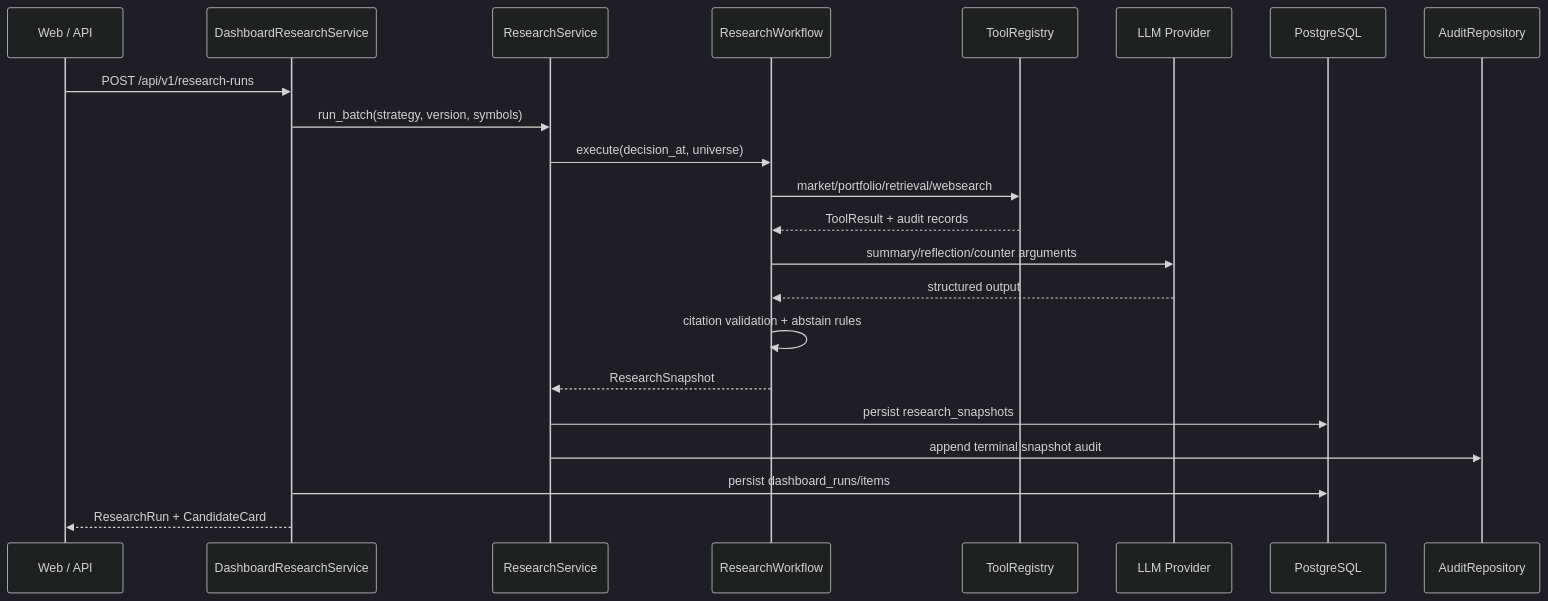
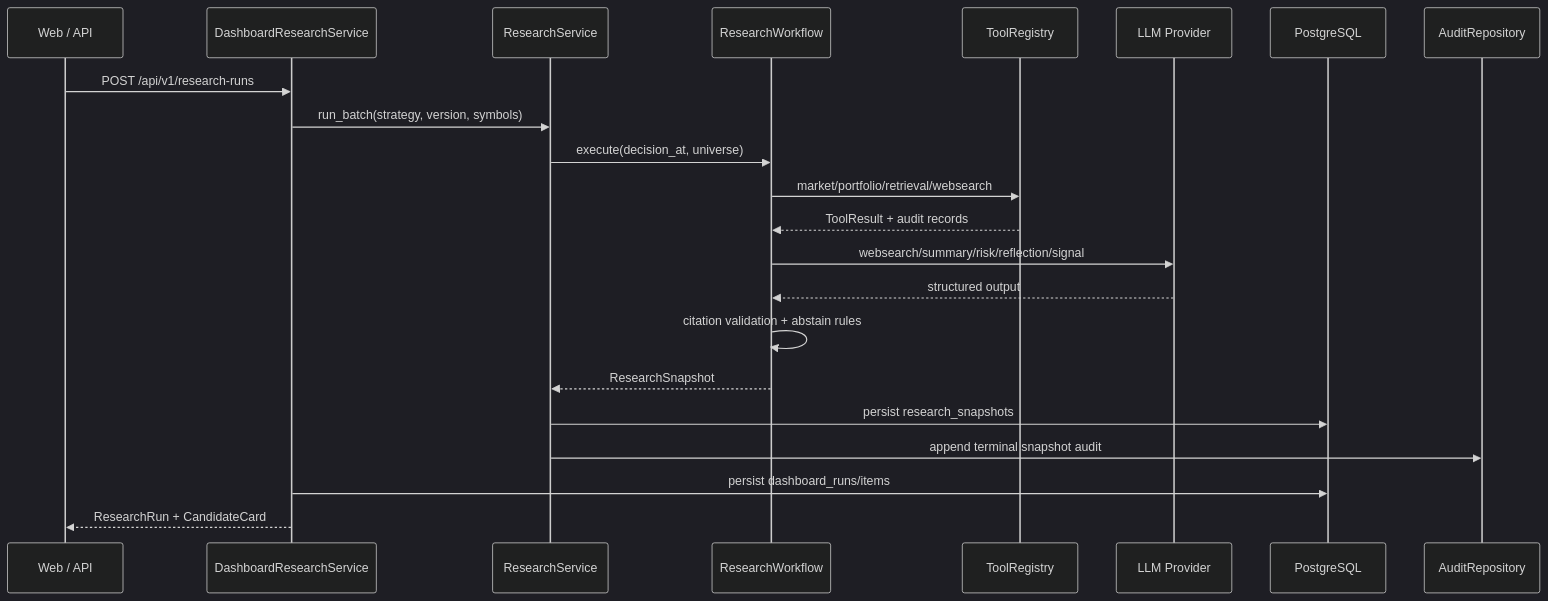
Before and after one commit to RickyW0529/Margin: the fifth of 10 diagrams in docs/design/v0.1/architecture/Margin_架构设计_v0.1_中文.md, drawn with Mermaid (dark theme). The commit also changed other lines of this file and 36 other files, not shown here.

````diff
--- a/docs/design/v0.1/architecture/Margin_架构设计_v0.1_中文.md
+++ b/docs/design/v0.1/architecture/Margin_架构设计_v0.1_中文.md
@@ -284,25 +291,25 @@
 ```mermaid
 sequenceDiagram
     participant UI as Web / API
     participant Dash as DashboardResearchService
     participant Research as ResearchService
     participant WF as ResearchWorkflow
     participant Tools as ToolRegistry
     participant LLM as LLM Provider
     participant DB as PostgreSQL
     participant Audit as AuditRepository
 
     UI->>Dash: POST /api/v1/research-runs
     Dash->>Research: run_batch(strategy, version, symbols)
     Research->>WF: execute(decision_at, universe)
     WF->>Tools: market/portfolio/retrieval/websearch
     Tools-->>WF: ToolResult + audit records
-    WF->>LLM: summary/reflection/counter arguments
+    WF->>LLM: websearch/summary/risk/reflection/signal
     LLM-->>WF: structured output
     WF->>WF: citation validation + abstain rules
     WF-->>Research: ResearchSnapshot
     Research->>DB: persist research_snapshots
     Research->>Audit: append terminal snapshot audit
     Dash->>DB: persist dashboard_runs/items
     Dash-->>UI: ResearchRun + CandidateCard
 ```
````
